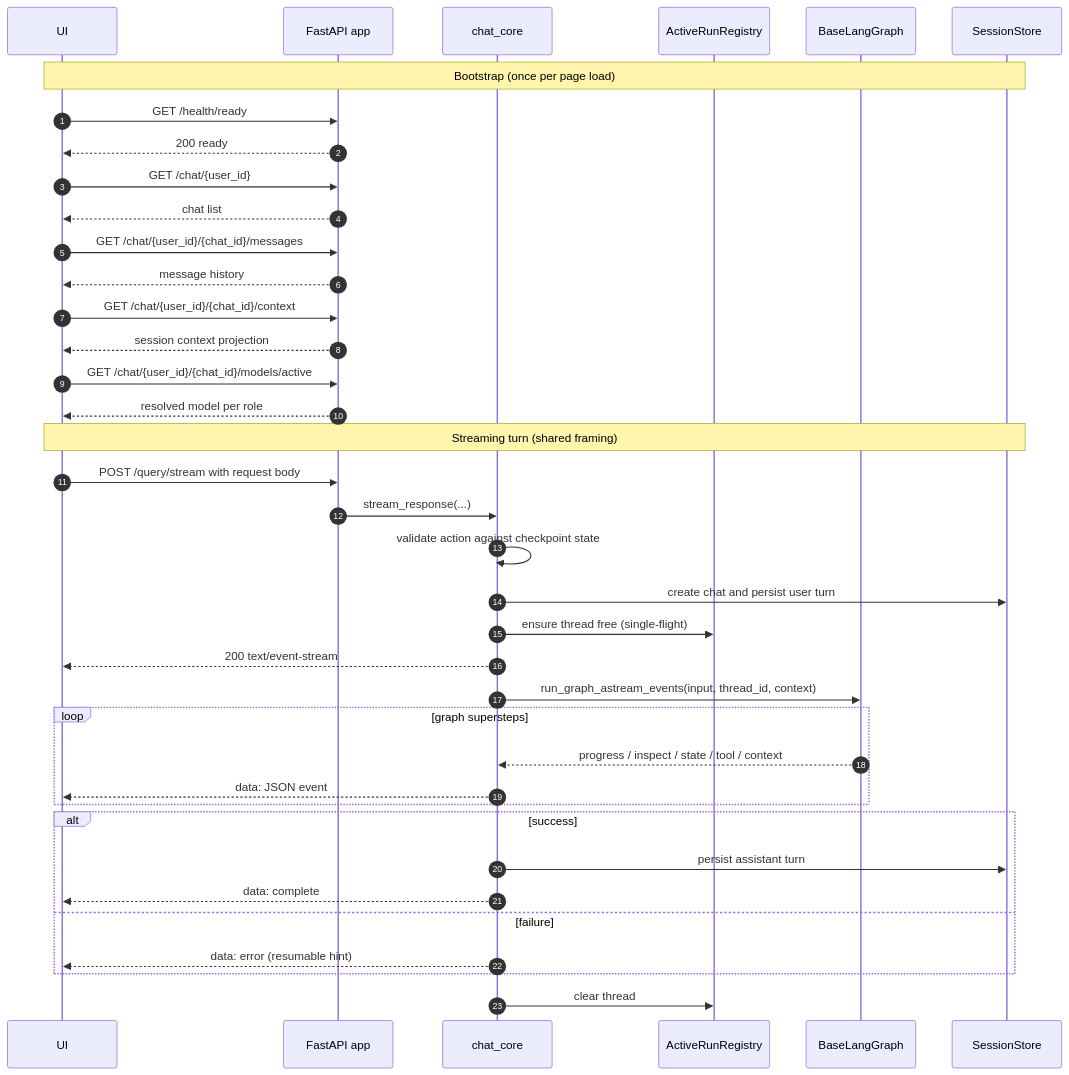
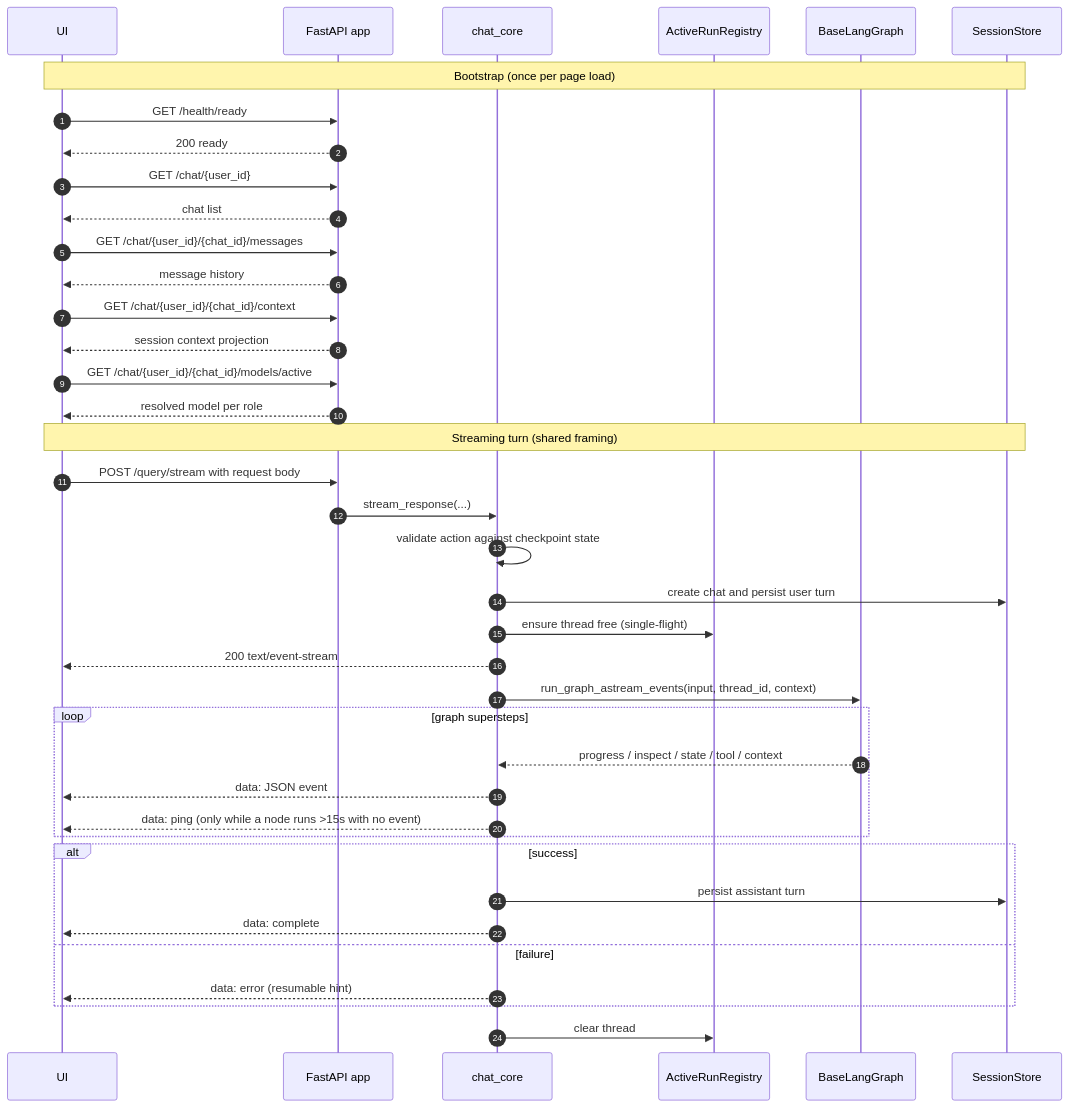
The first of 3 diagrams in devdocs/system/api-sse-sequence.md (NeuroML/klea), drawn with Mermaid before and after one commit. The commit also changed other lines of this file and 1 other file, not shown here.

Commit message:
docs(devdocs): include heart beat ping

````diff
--- a/devdocs/system/api-sse-sequence.md
+++ b/devdocs/system/api-sse-sequence.md
@@ -38,42 +38,43 @@
 ```mermaid
 sequenceDiagram
     autonumber
     participant UI as UI
     participant API as FastAPI app
     participant Core as chat_core
     participant Reg as ActiveRunRegistry
     participant Graph as BaseLangGraph
     participant Store as SessionStore
 
     Note over UI,Store: Bootstrap (once per page load)
     UI->>API: GET /health/ready
     API-->>UI: 200 ready
     UI->>API: GET /chat/{user_id}
     API-->>UI: chat list
     UI->>API: GET /chat/{user_id}/{chat_id}/messages
     API-->>UI: message history
     UI->>API: GET /chat/{user_id}/{chat_id}/context
     API-->>UI: session context projection
     UI->>API: GET /chat/{user_id}/{chat_id}/models/active
     API-->>UI: resolved model per role
 
     Note over UI,Store: Streaming turn (shared framing)
     UI->>API: POST /query/stream with request body
     API->>Core: stream_response(...)
     Core->>Core: validate action against checkpoint state
     Core->>Store: create chat and persist user turn
     Core->>Reg: ensure thread free (single-flight)
     Core-->>UI: 200 text/event-stream
     Core->>Graph: run_graph_astream_events(input, thread_id, context)
     loop graph supersteps
         Graph-->>Core: progress / inspect / state / tool / context
         Core-->>UI: data: JSON event
+        Core-->>UI: data: ping (only while a node runs >15s with no event)
     end
     alt success
         Core->>Store: persist assistant turn
         Core-->>UI: data: complete
     else failure
         Core-->>UI: data: error (resumable hint)
     end
     Core->>Reg: clear thread
 ```
````
